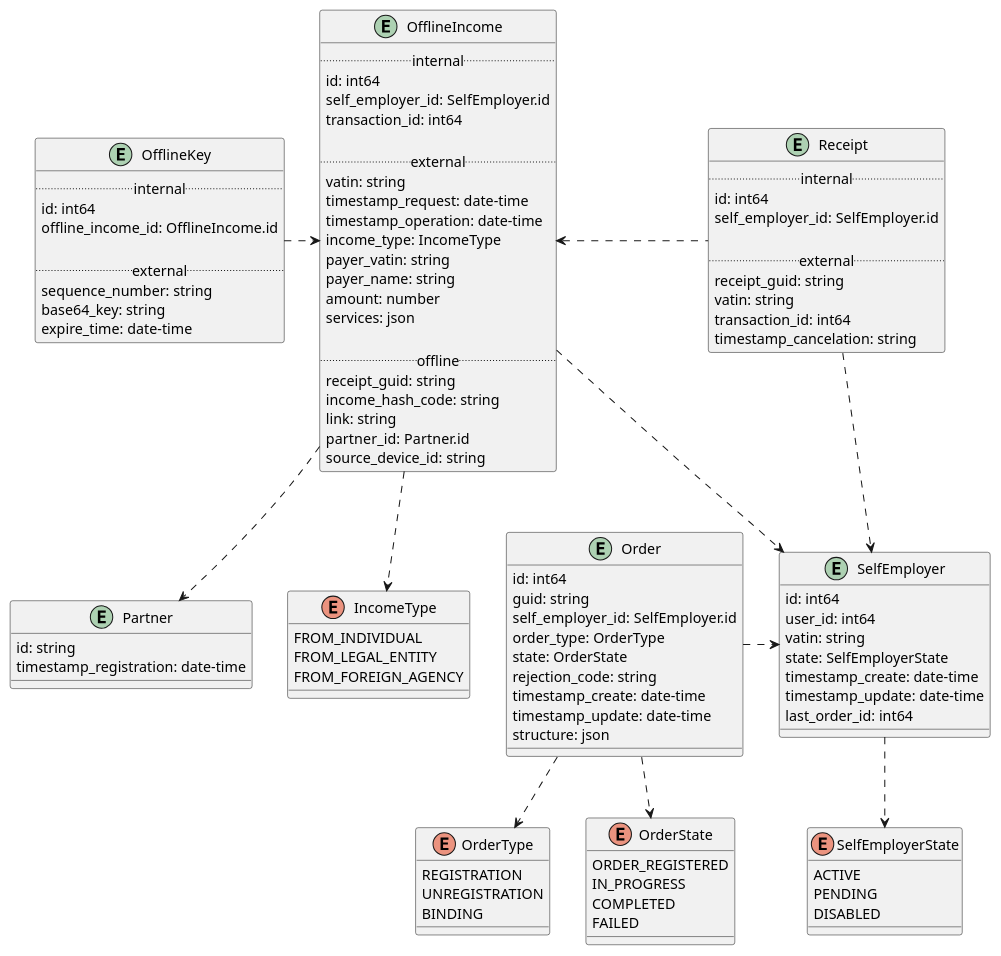
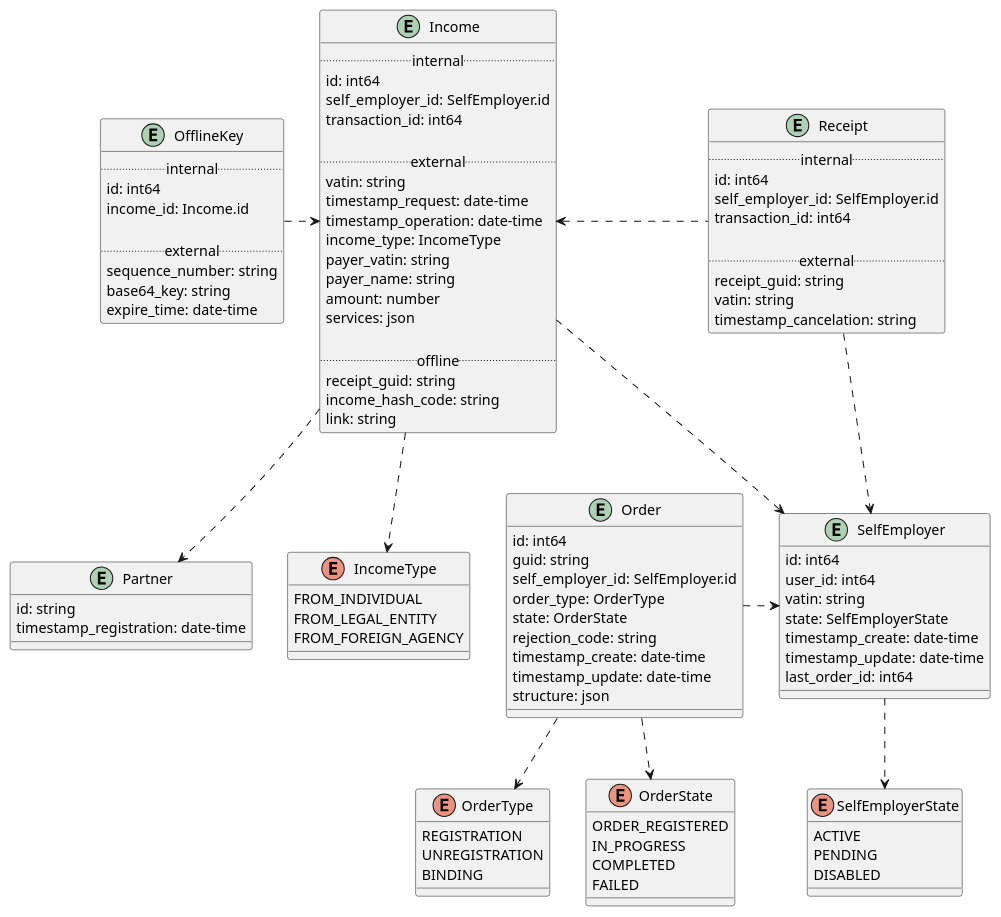
One commit to RaikBitters/ibank-internal-services changed the diagram in diagrams/self-employed-service/entities.puml. Above: the diagram before and after it, drawn with PlantUML. The commit also changed 3 other files, not shown here.

```diff
--- a/diagrams/self-employed-service/entities.puml
+++ b/diagrams/self-employed-service/entities.puml
@@ -1,119 +1,117 @@
 @startuml entities
 
 entity Partner {
     id: string
     timestamp_registration: date-time
 }
 
 entity SelfEmployer {
     id: int64
     user_id: int64
     vatin: string
     state: SelfEmployerState
     timestamp_create: date-time
     timestamp_update: date-time
     last_order_id: int64
 }
 
 enum SelfEmployerState {
     ACTIVE
     PENDING
     DISABLED
 }
 
 SelfEmployer ..> SelfEmployerState
 
 entity Order {
     id: int64
     guid: string
     self_employer_id: SelfEmployer.id
     order_type: OrderType
     state: OrderState
     rejection_code: string
     timestamp_create: date-time
     timestamp_update: date-time
     structure: json
 }
 
 Order .right.> SelfEmployer
 
 enum OrderType {
     REGISTRATION
     UNREGISTRATION
     BINDING
 }
 
 enum OrderState {
     ORDER_REGISTERED
     IN_PROGRESS
     COMPLETED
     FAILED
 }
 
 Order ..> OrderType
 Order ..> OrderState
 
 entity Receipt {
     ..internal..
     id: int64
     self_employer_id: SelfEmployer.id
-    
+    transaction_id: int64
+
     ..external..
     receipt_guid: string
     vatin: string
-    transaction_id: int64
     timestamp_cancelation: string
 }
 
 Receipt ..> SelfEmployer
 
-entity OfflineIncome {
+entity Income {
     ..internal..
     id: int64
     self_employer_id: SelfEmployer.id
     transaction_id: int64
 
     ..external..
     vatin: string
     timestamp_request: date-time
     timestamp_operation: date-time
     income_type: IncomeType
     payer_vatin: string
     payer_name: string
     amount: number
     services: json
     
     ..offline..
     receipt_guid: string
     income_hash_code: string
     link: string
-    partner_id: Partner.id
-    source_device_id: string
 }
 
 enum IncomeType {
     FROM_INDIVIDUAL
     FROM_LEGAL_ENTITY
     FROM_FOREIGN_AGENCY
 }
 
-Receipt .left.> OfflineIncome
+Receipt .left.> Income
 
-OfflineIncome ..> SelfEmployer
-OfflineIncome ..> IncomeType
-OfflineIncome ..> Partner
+Income ..> SelfEmployer
+Income ..> IncomeType
+Income ..> Partner
 
 entity OfflineKey {
     ..internal..
     id: int64
-    offline_income_id: OfflineIncome.id
+    income_id: Income.id
 
     ..external..
     sequence_number: string
     base64_key: string
     expire_time: date-time
 }
 
-OfflineKey .right.> OfflineIncome
+OfflineKey .right.> Income
 
 @enduml
```
